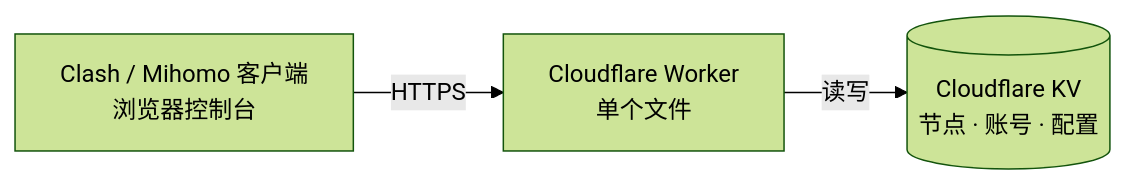
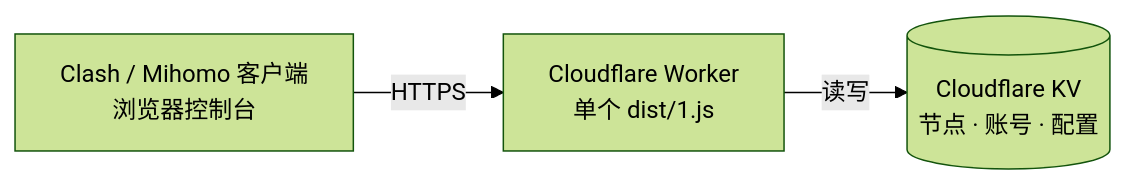
One commit to jinhuaitao/Clash changed the diagram in README.md. Above: the diagram before and after it, drawn with Mermaid (forest theme). The commit also changed other lines of this file and 4 other files, not shown here.

````diff
--- a/README.md
+++ b/README.md
@@ -29,5 +29,5 @@
 ```mermaid
 flowchart LR
-    C["Clash / Mihomo 客户端<br/>浏览器控制台"] -->|"HTTPS"| W["Cloudflare Worker<br/>单个文件 "]
+    C["Clash / Mihomo 客户端<br/>浏览器控制台"] -->|"HTTPS"| W["Cloudflare Worker<br/>单个 dist/1.js"]
     W -->|"读写"| K[("Cloudflare KV<br/>节点 · 账号 · 配置")]
 ```
````
